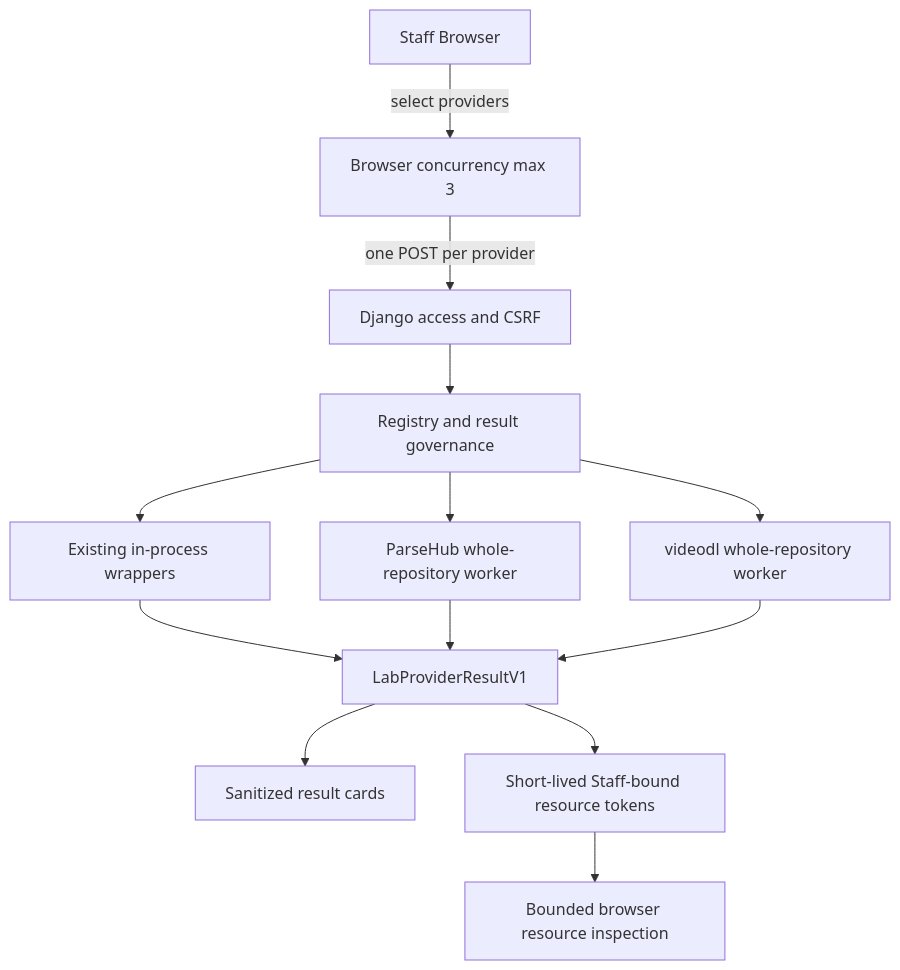
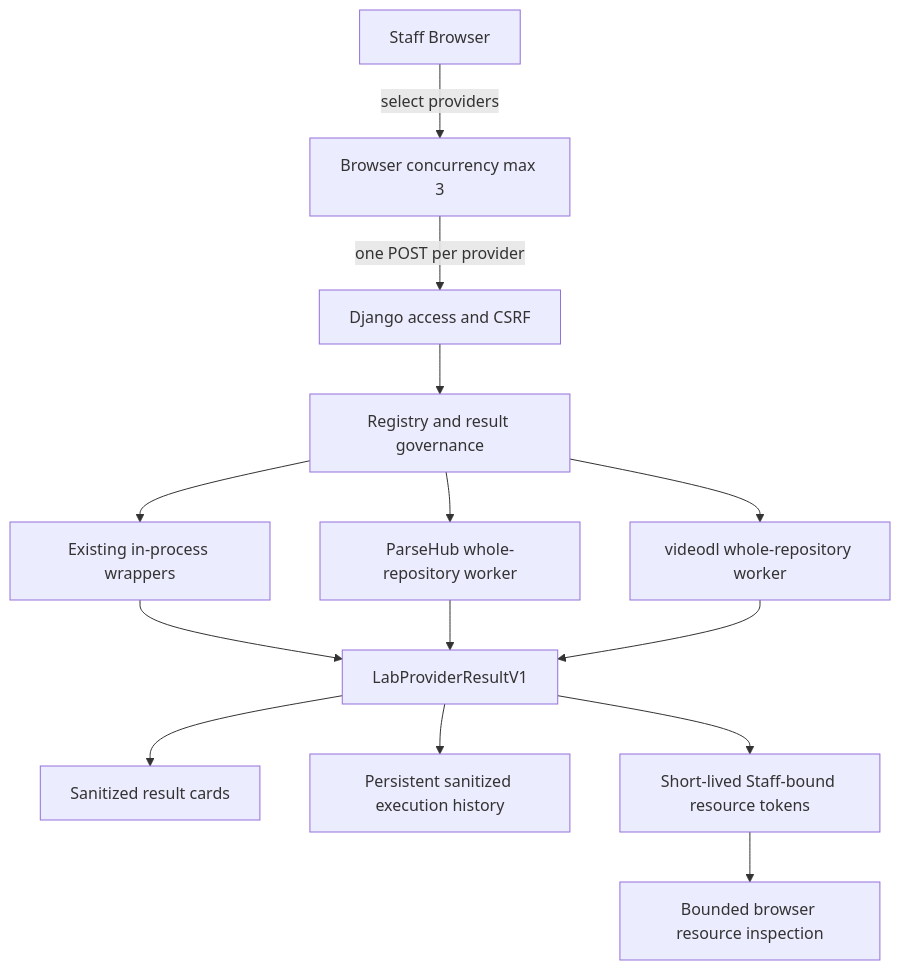
Before and after one commit to Daiobs/AnimeImages: the diagram in docs/provider-lab.md, drawn with Mermaid. The commit also changed other lines of this file and 8 other files, not shown here.

````diff
--- a/docs/provider-lab.md
+++ b/docs/provider-lab.md
@@ -251,15 +255,16 @@
 ```mermaid
 flowchart TD
     B[Staff Browser] -->|select providers| C[Browser concurrency max 3]
     C -->|one POST per provider| A[Django access and CSRF]
     A --> G[Registry and result governance]
     G --> E[Existing in-process wrappers]
     G --> P[ParseHub whole-repository worker]
     G --> V[videodl whole-repository worker]
     E --> R[LabProviderResultV1]
     P --> R
     V --> R
     R --> S[Sanitized result cards]
+    R --> H[Persistent sanitized execution history]
     R --> T[Short-lived Staff-bound resource tokens]
     T --> I[Bounded browser resource inspection]
 ```
````
